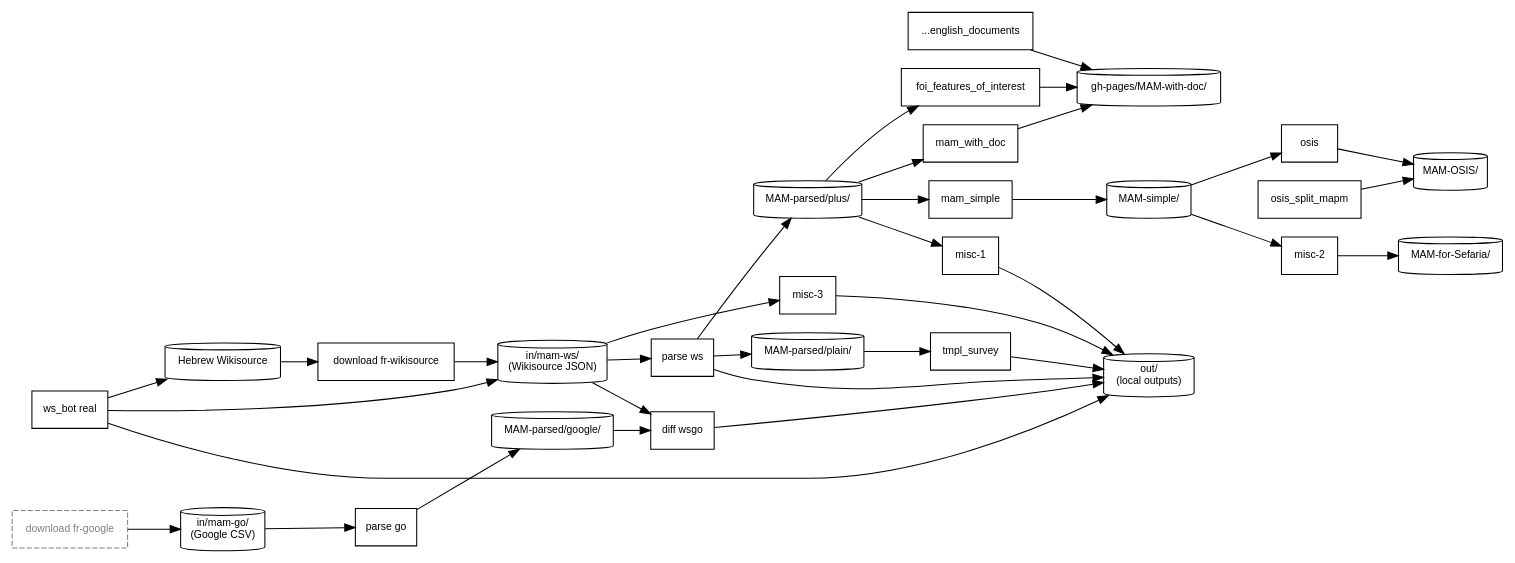
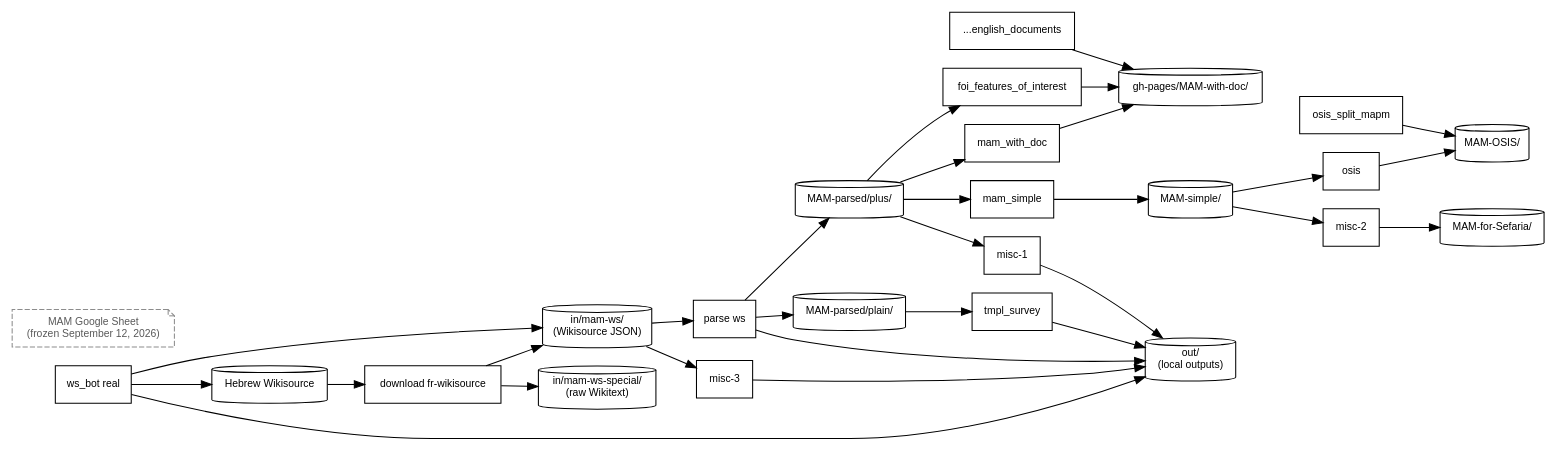
The diagram in doc/process-documentation/pipeline.dot (bdenckla/MAM-basics), drawn with Graphviz before and after one commit. The commit also changed 134 other files, not shown here.

First line of the commit message:
Retire the MAM Google Sheet pipeline

```diff
--- a/doc/process-documentation/pipeline.dot
+++ b/doc/process-documentation/pipeline.dot
@@ -1,93 +1,83 @@
 digraph mam_pipeline {
     // This file was generated by MAM-basics/py/main_pipeline_graph.py.
     // Do not edit by hand; edit py/pipeline_graph/pipeline_graph_spec.py instead.
     graph [comment="This file was generated by MAM-basics/py/main_pipeline_graph.py."];
     // Generated from structured pipeline data.
     rankdir=LR;
     node [fontname="Helvetica", fontsize=10];
     edge [fontname="Helvetica", fontsize=9];
 
     // ── Data stores ──
     node [shape=cylinder];
-    ds_go_csv         [label="in/mam-go/\n(Google CSV)"];
-    ds_parsed_google  [label="MAM-parsed/google/"];
-    ds_parsed_plus    [label="MAM-parsed/plus/"];
-    ds_parsed_plain   [label="MAM-parsed/plain/"];
-    ds_ws             [label="in/mam-ws/\n(Wikisource JSON)"];
-    src_ws_live       [label="Hebrew Wikisource"];
-    ds_simple         [label="MAM-simple/"];
-    ds_with_doc       [label="gh-pages/MAM-with-doc/"];
-    ds_sefaria        [label="MAM-for-Sefaria/"];
-    ds_osis           [label="MAM-OSIS/"];
-    ds_out            [label="out/\n(local outputs)"];
+    ds_parsed_plus        [label="MAM-parsed/plus/"];
+    ds_parsed_plain       [label="MAM-parsed/plain/"];
+    ds_ws                 [label="in/mam-ws/\n(Wikisource JSON)"];
+    ds_ws_special         [label="in/mam-ws-special/\n(raw Wikitext)"];
+    src_ws_live           [label="Hebrew Wikisource"];
+    archive_google_sheet  [label="MAM Google Sheet\n(frozen September 12, 2026)", shape="note", style=dashed, color="gray55", fontcolor="gray35"];
+    ds_simple             [label="MAM-simple/"];
+    ds_with_doc           [label="gh-pages/MAM-with-doc/"];
+    ds_sefaria            [label="MAM-for-Sefaria/"];
+    ds_osis               [label="MAM-OSIS/"];
+    ds_out                [label="out/\n(local outputs)"];
 
     // ── External prerequisites (not part of _STEPS) ──
     node [shape=box, style=dashed, color=gray, fontcolor=gray];
-    download_go       [label="download fr-google"];
-    download_ws       [label="download fr-wikisource", style="", color="", fontcolor=""];
+    download_ws           [label="download fr-wikisource", style="", color="", fontcolor=""];
 
     // ── Pipeline steps ──
     node [shape=box, style="", color="", fontcolor=""];
-    parse_go          [label="parse go"];
-    parse_ws          [label="parse ws"];
-    foi               [label="foi_features_of_interest"];
-    mam_with_doc      [label="mam_with_doc"];
-    tmpl_survey       [label="tmpl_survey"];
-    mam_simple        [label="mam_simple"];
-    misc_2            [label="misc-2"];
-    osis              [label="osis"];
-    misc_1            [label="misc-1", tooltip="decnreub\nmultimark\nwordlist\nexplicit_xataf\ndiff ctr-vs-mam"];
-    diff_wsgo         [label="diff wsgo"];
-    misc_3            [label="misc-3"];
-    ws_bot            [label="ws_bot real"];
-    gen_docs          [label="...english_documents"];
-    osis_split        [label="osis_split_mapm"];
+    parse_ws              [label="parse ws"];
+    foi                   [label="foi_features_of_interest"];
+    mam_with_doc          [label="mam_with_doc"];
+    tmpl_survey           [label="tmpl_survey"];
+    mam_simple            [label="mam_simple"];
+    misc_2                [label="misc-2"];
+    osis                  [label="osis"];
+    misc_1                [label="misc-1", tooltip="decnreub\nmultimark\nwordlist\nexplicit_xataf\ndiff ctr-vs-mam"];
+    misc_3                [label="misc-3"];
+    ws_bot                [label="ws_bot real"];
+    gen_docs              [label="...english_documents"];
+    osis_split            [label="osis_split_mapm"];
 
     // ── Edges ──
 
-    // Google pipeline
-    download_go      -> ds_go_csv;
-    ds_go_csv        -> parse_go;
-    parse_go         -> ds_parsed_google;
-    ds_parsed_google -> diff_wsgo;
-
     // MAM-parsed consumers
-    ds_parsed_plus   -> foi;
-    ds_parsed_plus   -> mam_with_doc;
-    ds_parsed_plus   -> mam_simple;
-    ds_parsed_plus   -> misc_1;
-    ds_parsed_plain  -> tmpl_survey;
+    ds_parsed_plus       -> foi;
+    ds_parsed_plus       -> mam_with_doc;
+    ds_parsed_plus       -> mam_simple;
+    ds_parsed_plus       -> misc_1;
+    ds_parsed_plain      -> tmpl_survey;
 
     // MAM-with-doc outputs
-    foi              -> ds_with_doc;
-    mam_with_doc     -> ds_with_doc;
-    gen_docs         -> ds_with_doc;
+    foi                  -> ds_with_doc;
+    mam_with_doc         -> ds_with_doc;
+    gen_docs             -> ds_with_doc;
 
     // MAM-simple pipeline
-    mam_simple       -> ds_simple;
-    ds_simple        -> misc_2;
-    ds_simple        -> osis;
-    misc_2           -> ds_sefaria;
-    osis             -> ds_osis;
-    osis_split       -> ds_osis;
+    mam_simple           -> ds_simple;
+    ds_simple            -> misc_2;
+    ds_simple            -> osis;
+    misc_2               -> ds_sefaria;
+    osis                 -> ds_osis;
+    osis_split           -> ds_osis;
 
     // Local out/ outputs
-    tmpl_survey      -> ds_out;
-    misc_1           -> ds_out;
-    diff_wsgo        -> ds_out;
-    parse_ws         -> ds_out;
-    misc_3           -> ds_out;
+    tmpl_survey          -> ds_out;
+    misc_1               -> ds_out;
+    parse_ws             -> ds_out;
+    misc_3               -> ds_out;
 
     // Wikisource pipeline
-    src_ws_live      -> download_ws;
-    download_ws      -> ds_ws;
-    ds_ws            -> diff_wsgo;
-    ds_ws            -> parse_ws;
-    parse_ws         -> ds_parsed_plain;
-    parse_ws         -> ds_parsed_plus;
-    ds_ws            -> misc_3;
-    ws_bot           -> src_ws_live;
-    ws_bot           -> ds_ws;
-    ws_bot           -> ds_out [tooltip="via automatic post-download reparse"];
+    src_ws_live          -> download_ws;
+    download_ws          -> ds_ws;
+    download_ws          -> ds_ws_special;
+    ds_ws                -> parse_ws;
+    parse_ws             -> ds_parsed_plain;
+    parse_ws             -> ds_parsed_plus;
+    ds_ws                -> misc_3;
+    ws_bot               -> src_ws_live;
+    ws_bot               -> ds_ws;
+    ws_bot               -> ds_out [tooltip="via automatic post-download reparse"];
 
 }
```
